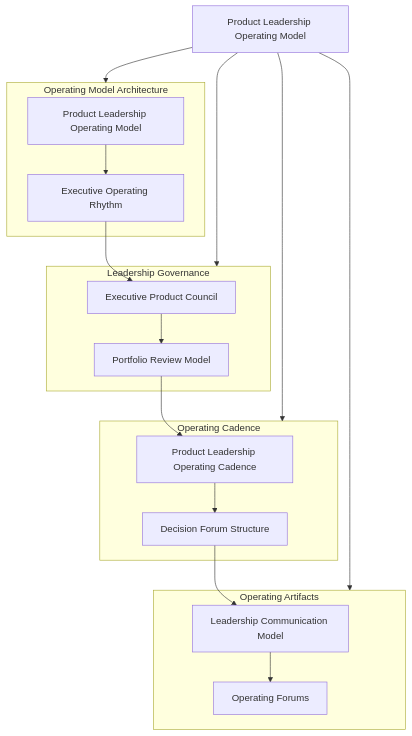
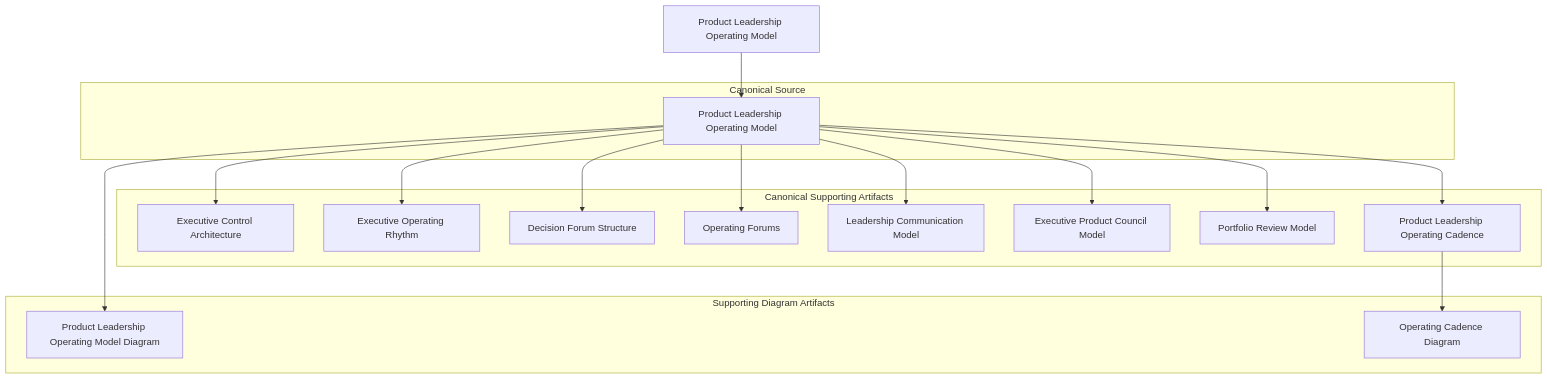
Before and after one commit to ChuckFerrando/product-leadership-operating-model: the second of 2 diagrams in README.md, drawn with Mermaid. The commit also changed other lines of this file, not shown here.

````diff
--- a/README.md
+++ b/README.md
@@ -89,38 +126,38 @@
 ```mermaid
 flowchart TB
 
-ROOT["Product Leadership Operating Model"]
+    ROOT[Product Leadership Operating Model]
 
-subgraph ARCHITECTURE["Operating Model Architecture"]
-A1["Product Leadership Operating Model"]
-A2["Executive Operating Rhythm"]
-end
+    subgraph CANONICAL[Canonical Source]
+        A1[Product Leadership Operating Model]
+    end
 
-subgraph GOVERNANCE["Leadership Governance"]
-G1["Executive Product Council"]
-G2["Portfolio Review Model"]
-end
+    subgraph SUPPORTING[Canonical Supporting Artifacts]
+        B1[Executive Control Architecture]
+        B2[Executive Operating Rhythm]
+        B3[Decision Forum Structure]
+        B4[Operating Forums]
+        B5[Leadership Communication Model]
+        B6[Executive Product Council Model]
+        B7[Portfolio Review Model]
+        B8[Product Leadership Operating Cadence]
+    end
 
-subgraph CADENCE["Operating Cadence"]
-C1["Product Leadership Operating Cadence"]
-C2["Decision Forum Structure"]
-end
+    subgraph DIAGRAMS[Supporting Diagram Artifacts]
+        C1[Product Leadership Operating Model Diagram]
+        C2[Operating Cadence Diagram]
+    end
 
-subgraph ARTIFACTS["Operating Artifacts"]
-R1["Leadership Communication Model"]
-R2["Operating Forums"]
-end
+    ROOT --> A1
+    A1 --> B1
+    A1 --> B2
+    A1 --> B3
+    A1 --> B4
+    A1 --> B5
+    A1 --> B6
+    A1 --> B7
+    A1 --> B8
 
-ROOT --> ARCHITECTURE
-ROOT --> GOVERNANCE
-ROOT --> CADENCE
-ROOT --> ARTIFACTS
-
-A1 --> A2
-A2 --> G1
-G1 --> G2
-G2 --> C1
-C1 --> C2
-C2 --> R1
-R1 --> R2
+    A1 --> C1
+    B8 --> C2
 ```
````
